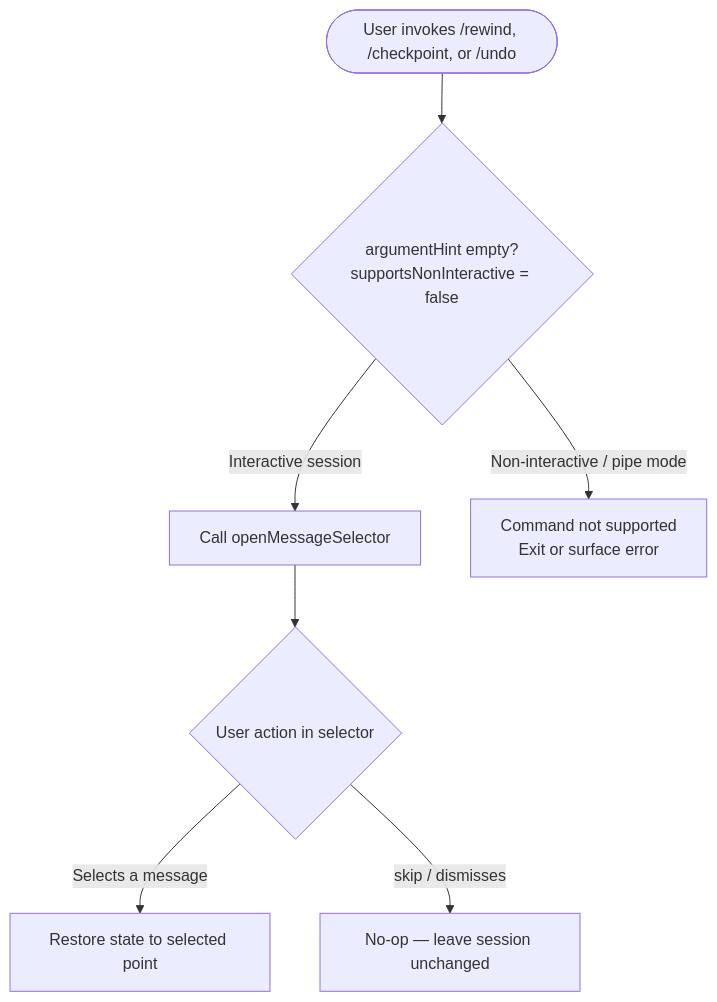
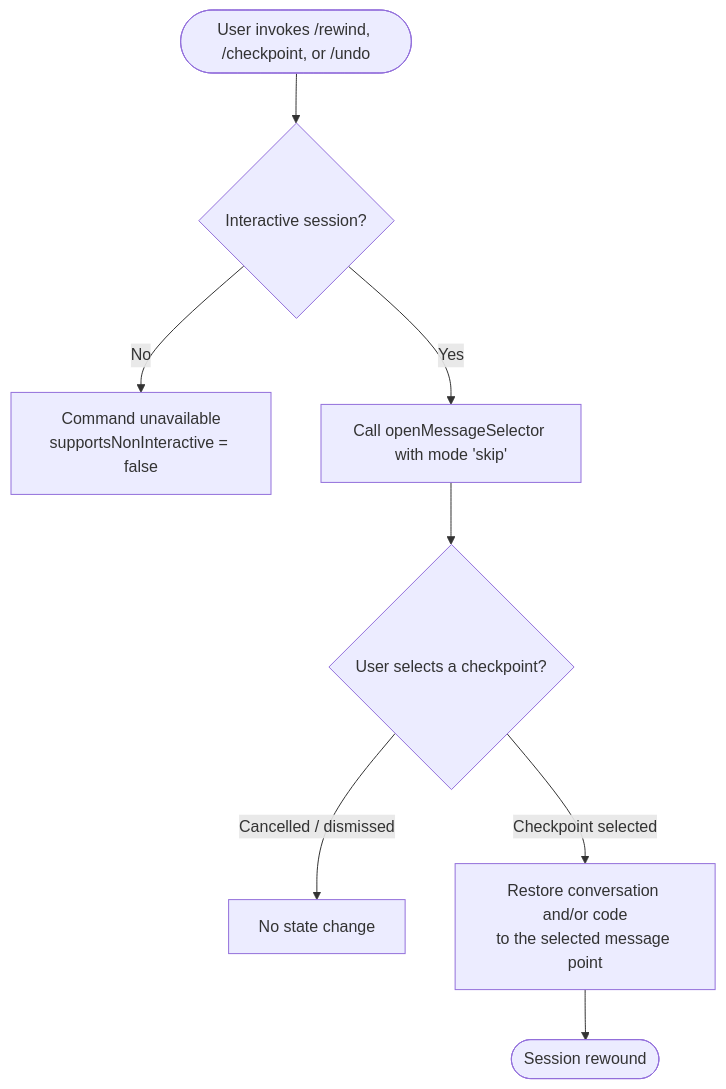
The diagram in versions/v2.1.133/rewind.md (MyLittleLuckyDog/cc-gnothi), drawn with Mermaid before and after one commit. The commit also changed other lines of this file and 95 other files, not shown here.

````diff
--- a/versions/v2.1.133/rewind.md
+++ b/versions/v2.1.133/rewind.md
@@ -48,9 +57,10 @@
 ```mermaid
 flowchart TD
-    A([User invokes /rewind, /checkpoint, or /undo]) --> B{argumentHint empty?\nsupportsNonInteractive = false}
-    B -- Interactive session --> C[Call openMessageSelector]
-    C --> D{User action in selector}
-    D -- Selects a message --> E[Restore state to selected point]
-    D -- "skip" / dismisses --> F[No-op — leave session unchanged]
-    B -- Non-interactive / pipe mode --> G[Command not supported\nExit or surface error]
+    A([User invokes /rewind, /checkpoint, or /undo]) --> B{Interactive session?}
+    B -- No --> C[Command unavailable\nsupportsNonInteractive = false]
+    B -- Yes --> D[Call openMessageSelector with mode 'skip']
+    D --> E{User selects a checkpoint?}
+    E -- Cancelled / dismissed --> F[No state change]
+    E -- Checkpoint selected --> G[Restore conversation and/or code\nto the selected message point]
+    G --> H([Session rewound])
 ```
````
